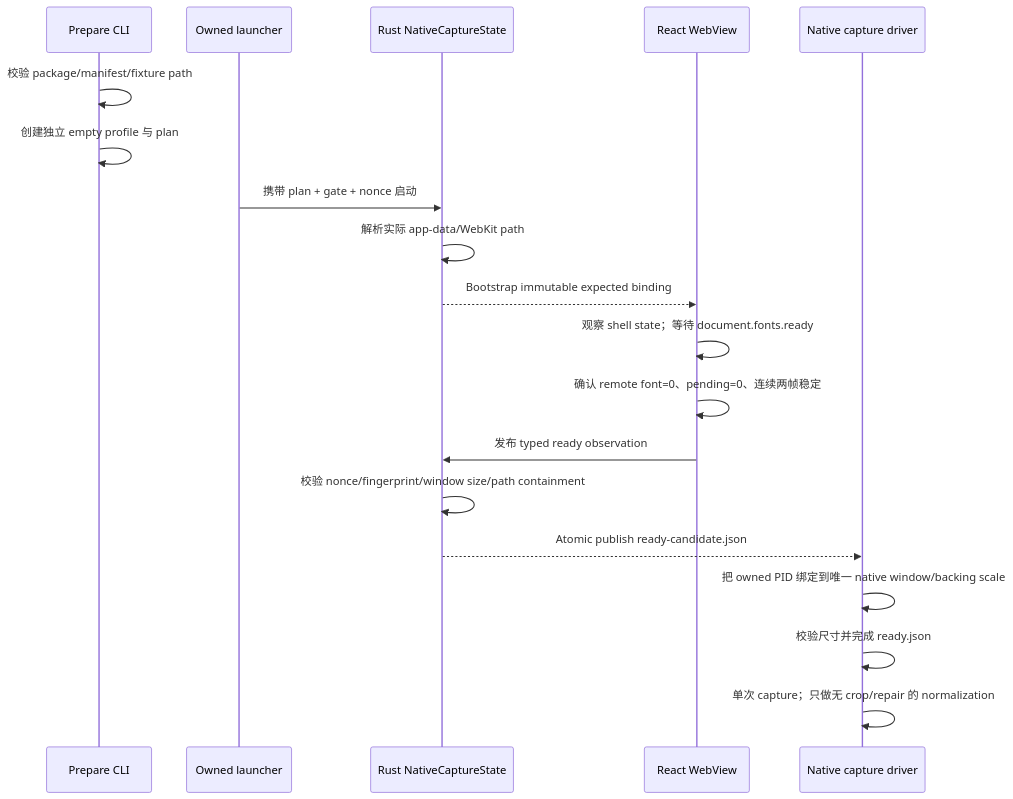
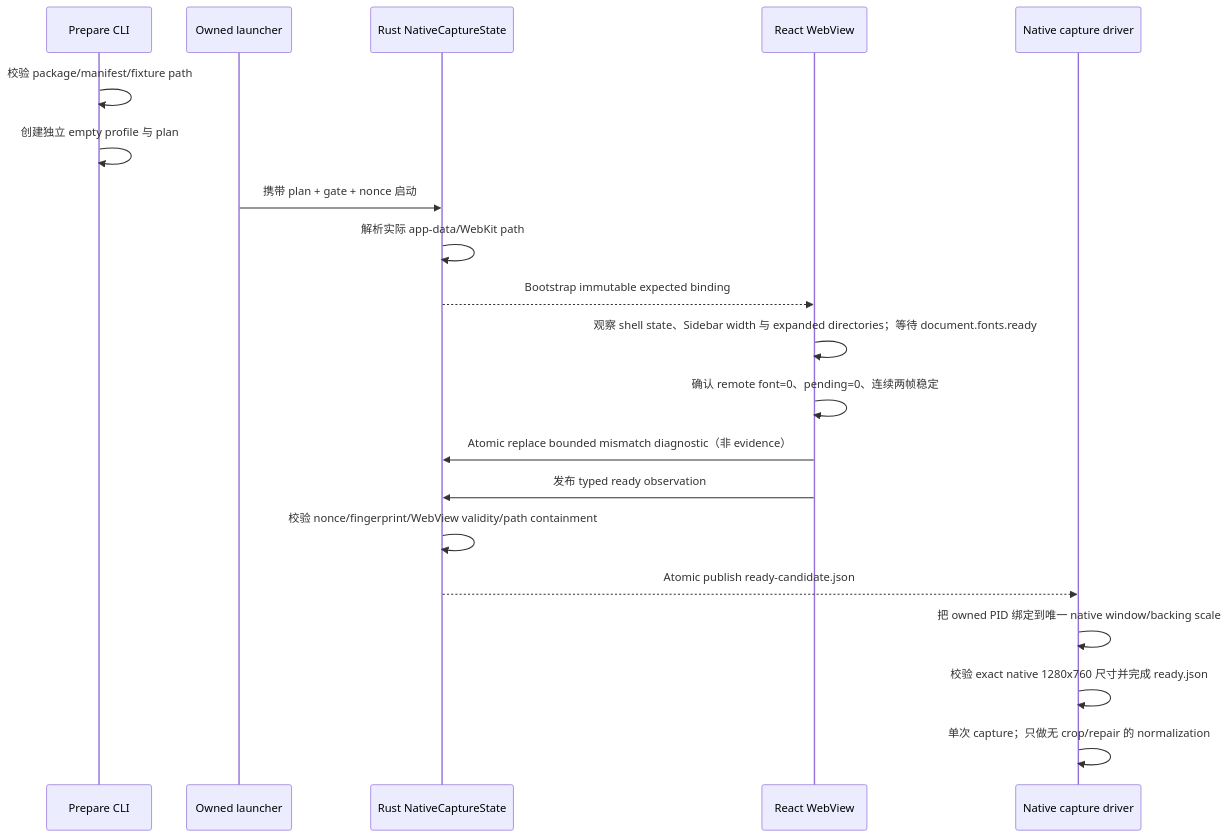
The seventh of 7 diagrams in docs/architecture.zh.md (ignacioli/excalidraw-desktop), drawn with Mermaid before and after one commit. The commit also changed other lines of this file and 6 other files, not shown here.

Commit message:
Document complete native capture state

````diff
--- a/docs/architecture.zh.md
+++ b/docs/architecture.zh.md
@@ -280,21 +282,22 @@
 ```mermaid
 sequenceDiagram
   participant P as Prepare CLI
   participant L as Owned launcher
   participant R as Rust NativeCaptureState
   participant W as React WebView
   participant D as Native capture driver
   P->>P: 校验 package/manifest/fixture path
   P->>P: 创建独立 empty profile 与 plan
   L->>R: 携带 plan + gate + nonce 启动
   R->>R: 解析实际 app-data/WebKit path
   R-->>W: Bootstrap immutable expected binding
-  W->>W: 观察 shell state；等待 document.fonts.ready
+  W->>W: 观察 shell state、Sidebar width 与 expanded directories；等待 document.fonts.ready
   W->>W: 确认 remote font=0、pending=0、连续两帧稳定
+  W->>R: Atomic replace bounded mismatch diagnostic（非 evidence）
   W->>R: 发布 typed ready observation
-  R->>R: 校验 nonce/fingerprint/window size/path containment
+  R->>R: 校验 nonce/fingerprint/WebView validity/path containment
   R-->>D: Atomic publish ready-candidate.json
   D->>D: 把 owned PID 绑定到唯一 native window/backing scale
-  D->>D: 校验尺寸并完成 ready.json
+  D->>D: 校验 exact native 1280x760 尺寸并完成 ready.json
   D->>D: 单次 capture；只做无 crop/repair 的 normalization
 ```
````
